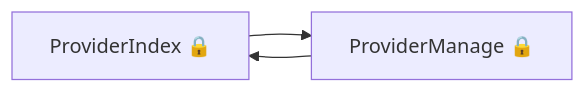
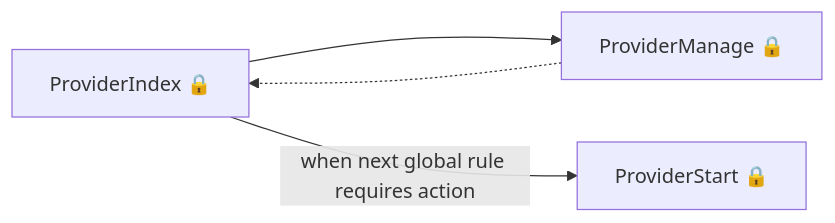
The third of 6 diagrams in das-reservations/user-journeys/user-journeys.md (talentconsulting/atlas-dfe), drawn with Mermaid before and after one commit. The commit also changed other lines of this file and 36 other files, not shown here.

````diff
--- a/das-reservations/user-journeys/user-journeys.md
+++ b/das-reservations/user-journeys/user-journeys.md
@@ -64,5 +35,6 @@
 ```mermaid
 flowchart LR
   p0["ProviderIndex 🔒"] --> p1["ProviderManage 🔒"]
-  p1["ProviderManage 🔒"] --> p0["ProviderIndex 🔒"]
+  p1["ProviderManage 🔒"] -.-> p0["ProviderIndex 🔒"]
+  p0["ProviderIndex 🔒"] -->|"when next global rule requires action"| p2["ProviderStart 🔒"]
 ```
````
